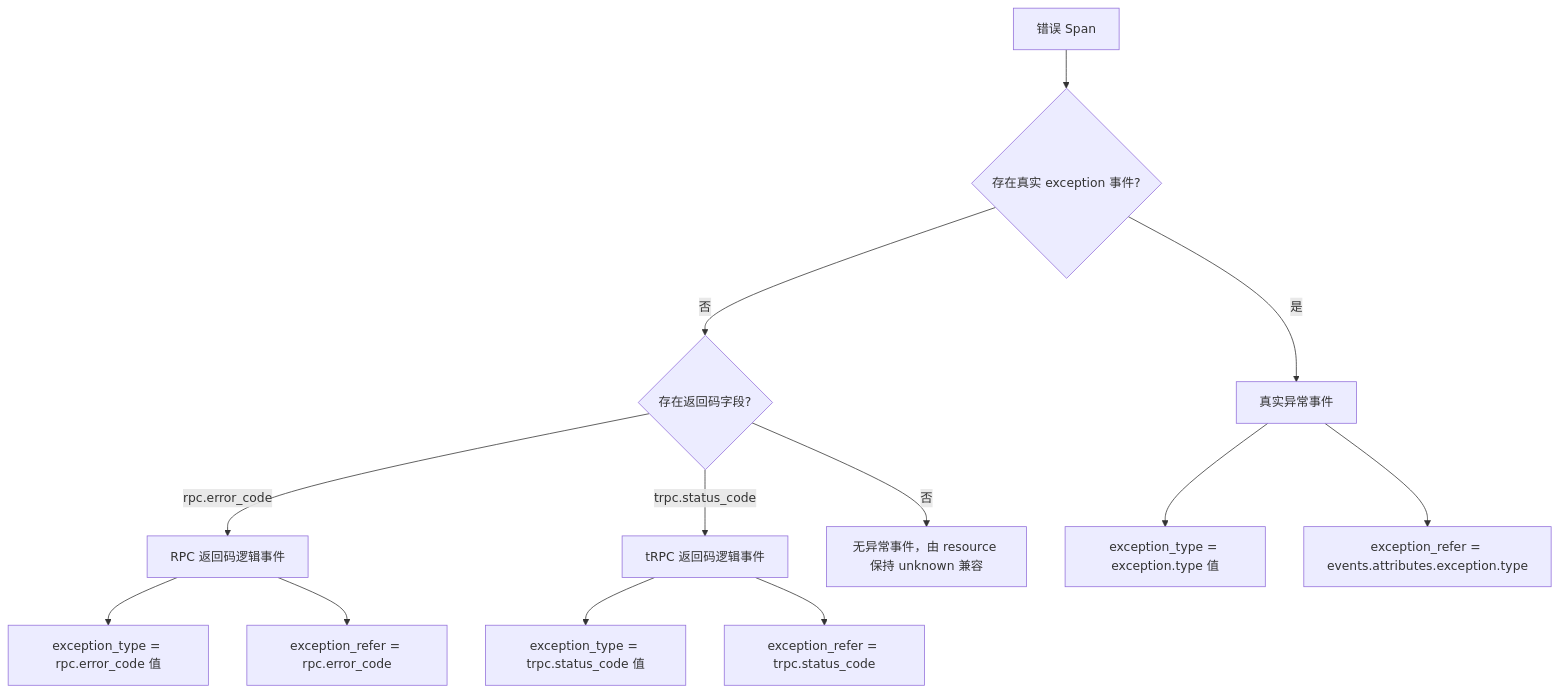
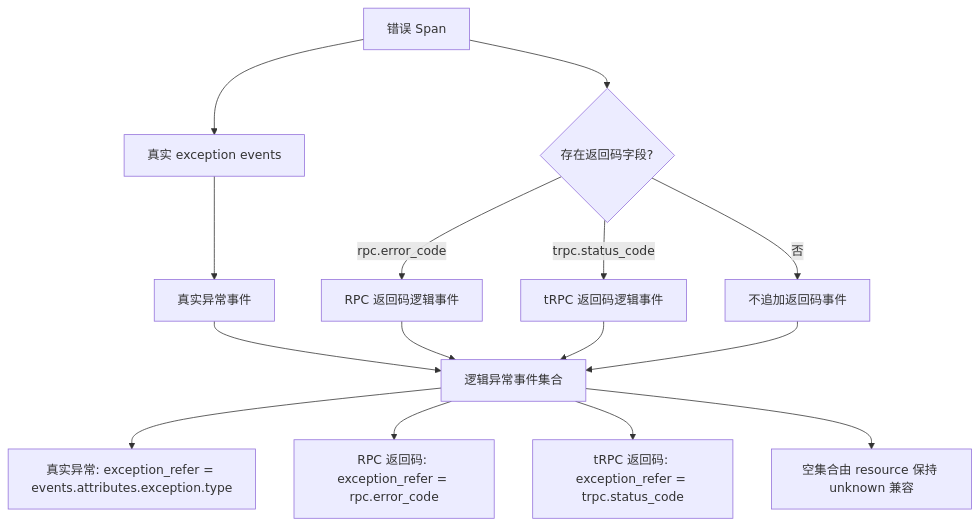
One commit to ZhuoZhuoCrayon/ai-workspace changed the first of 2 diagrams in knowledge/bkmonitor/issues/2026-05-31-apm-error-view-trpc-adaptation/PLAN.md. Above: the diagram before and after it, drawn with Mermaid. The commit also changed other lines of this file, not shown here.

Commit message:
docs(knowledge): update apm error event union plan

````diff
--- a/knowledge/bkmonitor/issues/2026-05-31-apm-error-view-trpc-adaptation/PLAN.md
+++ b/knowledge/bkmonitor/issues/2026-05-31-apm-error-view-trpc-adaptation/PLAN.md
@@ -59,16 +63,20 @@
 ```mermaid
 flowchart TD
-    A["错误 Span"] --> B{"存在真实 exception 事件?"}
-    B -- "是" --> C["真实异常事件"]
-    B -- "否" --> D{"存在返回码字段?"}
-    D -- "rpc.error_code" --> E["RPC 返回码逻辑事件"]
-    D -- "trpc.status_code" --> F["tRPC 返回码逻辑事件"]
-    D -- "否" --> G["无异常事件，由 resource 保持 unknown 兼容"]
+    A["错误 Span"] --> B["真实 exception events"]
+    A --> C{"存在返回码字段?"}
 
-    C --> H["exception_type = exception.type 值"]
-    C --> I["exception_refer = events.attributes.exception.type"]
-    E --> J["exception_type = rpc.error_code 值"]
-    E --> K["exception_refer = rpc.error_code"]
-    F --> L["exception_type = trpc.status_code 值"]
-    F --> M["exception_refer = trpc.status_code"]
+    B --> D["真实异常事件"]
+    C -- "rpc.error_code" --> E["RPC 返回码逻辑事件"]
+    C -- "trpc.status_code" --> F["tRPC 返回码逻辑事件"]
+    C -- "否" --> G["不追加返回码事件"]
+
+    D --> H["逻辑异常事件集合"]
+    E --> H
+    F --> H
+    G --> H
+
+    H --> I["真实异常: exception_refer = events.attributes.exception.type"]
+    H --> J["RPC 返回码: exception_refer = rpc.error_code"]
+    H --> K["tRPC 返回码: exception_refer = trpc.status_code"]
+    H --> L["空集合由 resource 保持 unknown 兼容"]
 ```
````
